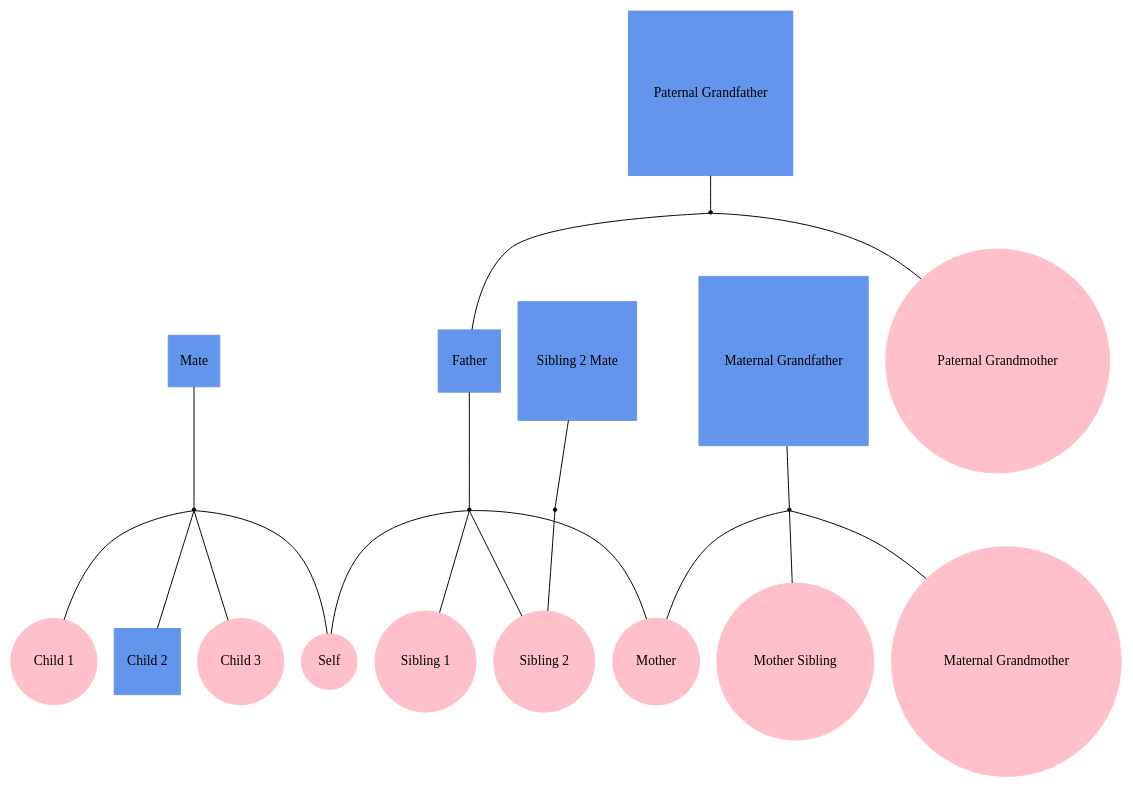
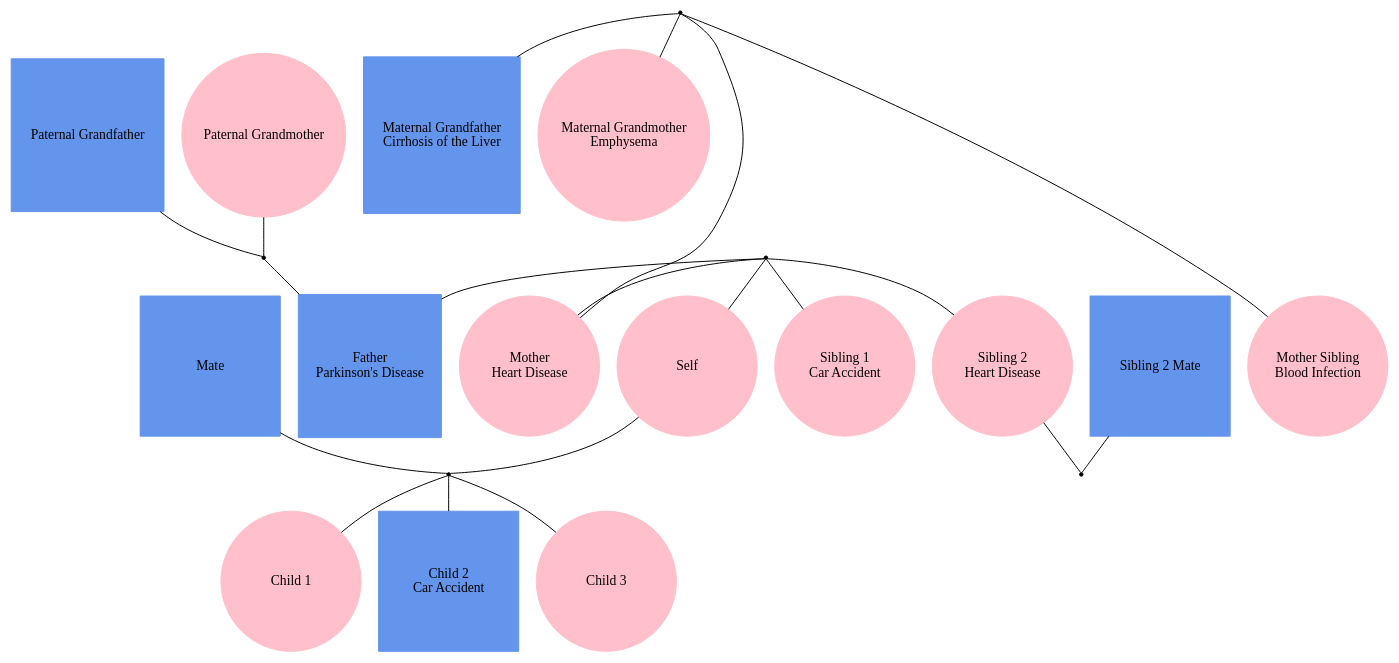
Before and after one commit to phewing/teamM_L: the diagram in encoder/out15.gv, drawn with Graphviz. The commit also changed 22 other files, not shown here.

```diff
--- a/encoder/out15.gv
+++ b/encoder/out15.gv
@@ -1,40 +1,47 @@
 
 graph f15 {
-"Self" [shape=oval, style=filled, regular=1, color="pink"];
-"Mate" [shape=box, style=filled, regular=1, color="cornflowerblue"];
-"Child 1" [shape=oval, style=filled, regular=1, color="pink"];
-"Child 2" [shape=box, style=filled, regular=1, color="cornflowerblue"];
-"Child 3" [shape=oval, style=filled, regular=1, color="pink"];
-"Sibling 1" [shape=oval, style=filled, regular=1, color="pink"];
-"Sibling 2" [shape=oval, style=filled, regular=1, color="pink"];
-"Sibling 2 Mate" [shape=box, style=filled, regular=1, color="cornflowerblue"];
-"Mother" [shape=oval, style=filled, regular=1, color="pink"];
-"Mother Sibling" [shape=oval, style=filled, regular=1, color="pink"];
-"Maternal Grandmother" [shape=oval, style=filled, regular=1, color="pink"];
-"Maternal Grandfather" [shape=box, style=filled, regular=1, color="cornflowerblue"];
-"Father" [shape=box, style=filled, regular=1, color="cornflowerblue"];
-"Paternal Grandmother" [shape=oval, style=filled, regular=1, color="pink"];
-"Paternal Grandfather" [shape=box, style=filled, regular=1, color="cornflowerblue"];
+ordering=out;
+
+"Self" [fontname="helvetica:bold", width=2, shape=oval, style=filled, regular=1, color="pink"];
+"Mate" [fontname="helvetica:bold", width=2, shape=box, style=filled, regular=1, color="cornflowerblue"];
+"Child 1" [fontname="helvetica:bold", width=2, shape=oval, style=filled, regular=1, color="pink"];
+"Child 2\nCar Accident" [fontname="helvetica:bold", width=2, shape=box, style=filled, regular=1, color="cornflowerblue"];
+"Child 3" [fontname="helvetica:bold", width=2, shape=oval, style=filled, regular=1, color="pink"];
+"Sibling 1\nCar Accident" [fontname="helvetica:bold", width=2, shape=oval, style=filled, regular=1, color="pink"];
+"Sibling 2\nHeart Disease" [fontname="helvetica:bold", width=2, shape=oval, style=filled, regular=1, color="pink"];
+"Sibling 2 Mate" [fontname="helvetica:bold", width=2, shape=box, style=filled, regular=1, color="cornflowerblue"];
+"Mother\nHeart Disease" [fontname="helvetica:bold", width=2, shape=oval, style=filled, regular=1, color="pink"];
+"Mother Sibling\nBlood Infection" [fontname="helvetica:bold", width=2, shape=oval, style=filled, regular=1, color="pink"];
+"Maternal Grandmother\nEmphysema" [fontname="helvetica:bold", width=2, shape=oval, style=filled, regular=1, color="pink"];
+"Maternal Grandfather\nCirrhosis of the Liver" [fontname="helvetica:bold", width=2, shape=box, style=filled, regular=1, color="cornflowerblue"];
+"Father\nParkinson's Disease" [fontname="helvetica:bold", width=2, shape=box, style=filled, regular=1, color="cornflowerblue"];
+"Paternal Grandmother" [fontname="helvetica:bold", width=2, shape=oval, style=filled, regular=1, color="pink"];
+"Paternal Grandfather" [fontname="helvetica:bold", width=2, shape=box, style=filled, regular=1, color="cornflowerblue"];
 
 "mate+self" [shape=point];
 "sibling2mate+sibling2" [shape=point];
 "maternalgrandfather+maternalgrandmother" [shape=point];
 "father+mother" [shape=point];
 "paternalgrandfather+paternalgrandmother" [shape=point];
 
 "Mate" -- "mate+self" -- "Self";
-"Sibling 2 Mate" -- "sibling2mate+sibling2" -- "Sibling 2";
-"Maternal Grandfather" -- "maternalgrandfather+maternalgrandmother" -- "Maternal Grandmother";
-"Father" -- "father+mother" -- "Mother";
+"Sibling 2 Mate" -- "sibling2mate+sibling2" -- "Sibling 2\nHeart Disease";
+"Maternal Grandfather\nCirrhosis of the Liver" -- "maternalgrandfather+maternalgrandmother" -- "Maternal Grandmother\nEmphysema";
+"Father\nParkinson's Disease" -- "father+mother" -- "Mother\nHeart Disease";
 "Paternal Grandfather" -- "paternalgrandfather+paternalgrandmother" -- "Paternal Grandmother";
 
 "father+mother" -- "Self";
 "mate+self" -- "Child 1";
-"mate+self" -- "Child 2";
+"mate+self" -- "Child 2\nCar Accident";
 "mate+self" -- "Child 3";
-"father+mother" -- "Sibling 1";
-"father+mother" -- "Sibling 2";
-"maternalgrandfather+maternalgrandmother" -- "Mother";
-"maternalgrandfather+maternalgrandmother" -- "Mother Sibling";
-"paternalgrandfather+paternalgrandmother" -- "Father";
+"father+mother" -- "Sibling 1\nCar Accident";
+"father+mother" -- "Sibling 2\nHeart Disease";
+"maternalgrandfather+maternalgrandmother" -- "Mother\nHeart Disease";
+"maternalgrandfather+maternalgrandmother" -- "Mother Sibling\nBlood Infection";
+"paternalgrandfather+paternalgrandmother" -- "Father\nParkinson's Disease";
+
+{rank=same; "Maternal Grandmother\nEmphysema" "Maternal Grandfather\nCirrhosis of the Liver" "Paternal Grandmother" "Paternal Grandfather"}
+{rank=same; "Mother\nHeart Disease" "Mother Sibling\nBlood Infection" "Father\nParkinson's Disease"}
+{rank=same; "Self" "Mate" "Sibling 1\nCar Accident" "Sibling 2\nHeart Disease" "Sibling 2 Mate"}
+{rank=same; "Child 1" "Child 2\nCar Accident" "Child 3"}
 }
```
